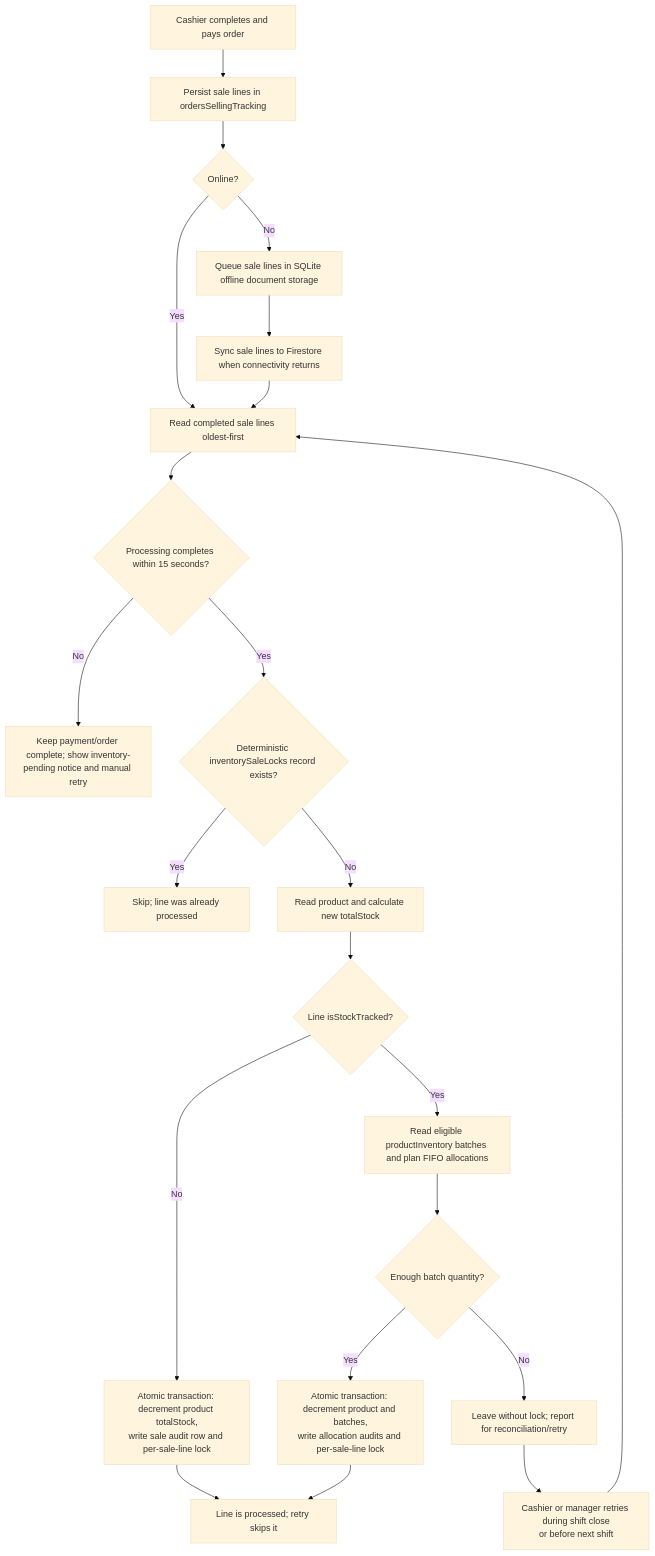
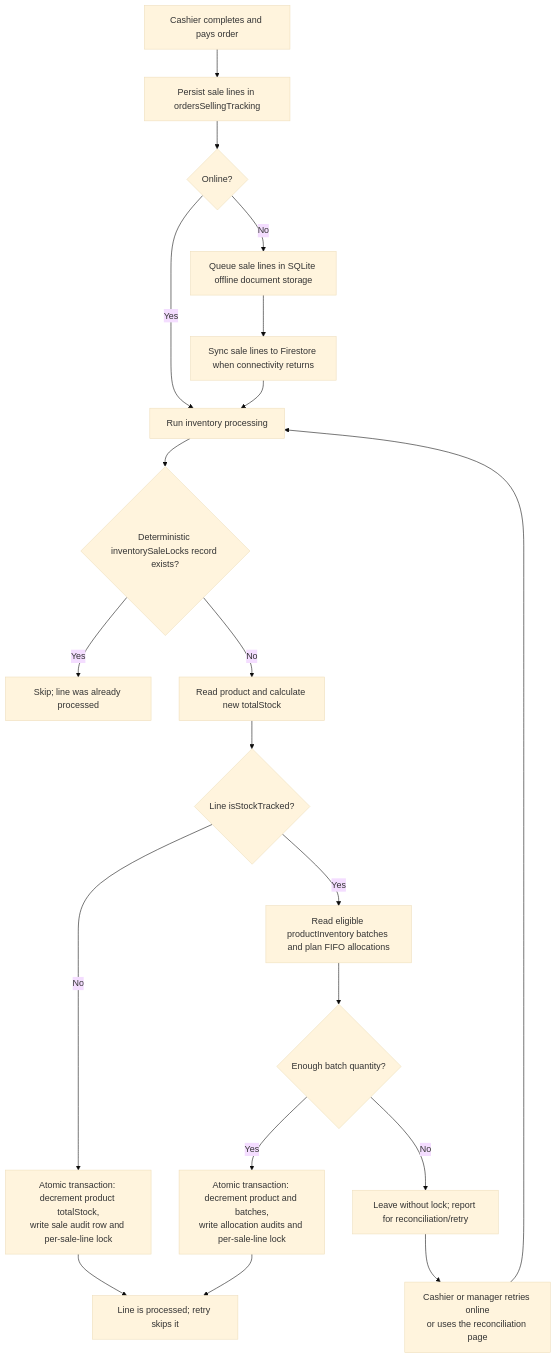
Before and after one commit to jaspervborcena/tovrika: the diagram in docs/offline-reconciliation-flow.md, drawn with Mermaid (base theme). The commit also changed other lines of this file and 3 other files, not shown here.

````diff
--- a/docs/offline-reconciliation-flow.md
+++ b/docs/offline-reconciliation-flow.md
@@ -5,26 +5,24 @@
 ```mermaid
 flowchart TD
     A[Cashier completes and pays order] --> B[Persist sale lines in ordersSellingTracking]
     B --> C{Online?}
-    C -- Yes --> F[Read completed sale lines oldest-first]
+    C -- Yes --> D[Run inventory processing]
     C -- No --> G[Queue sale lines in SQLite offline document storage]
     G --> H[Sync sale lines to Firestore when connectivity returns]
-    H --> F
+    H --> D
 
-    F --> R{Processing completes within 15 seconds?}
-    R -- No --> S[Keep payment/order complete; show inventory-pending notice and manual retry]
-    R -- Yes --> I{Deterministic inventorySaleLocks record exists?}
+    D --> I{Deterministic inventorySaleLocks record exists?}
     I -- Yes --> J[Skip; line was already processed]
     I -- No --> K[Read product and calculate new totalStock]
     K --> L{Line isStockTracked?}
     L -- No --> M[Atomic transaction: decrement product totalStock,\nwrite sale audit row and per-sale-line lock]
     L -- Yes --> N[Read eligible productInventory batches and plan FIFO allocations]
     N --> O{Enough batch quantity?}
     O -- No --> P[Leave without lock; report for reconciliation/retry]
     O -- Yes --> Q[Atomic transaction: decrement product and batches,\nwrite allocation audits and per-sale-line lock]
     M --> T[Line is processed; retry skips it]
     Q --> T
 
-    P --> U[Cashier or manager retries during shift close\nor before next shift]
-    U --> F
+    P --> U[Cashier or manager retries online\nor uses the reconciliation page]
+    U --> D
 ```
````
